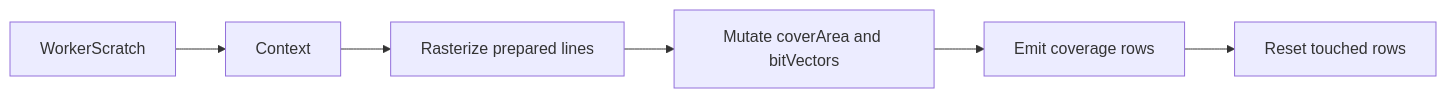
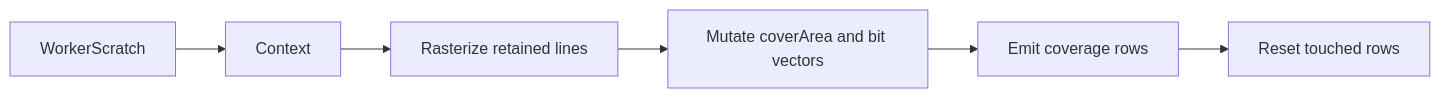
The fourth of 6 diagrams in src/ImageSharp.Drawing/Processing/Backends/DEFAULT_RASTERIZER.MD (SixLabors/ImageSharp.Drawing), drawn with Mermaid before and after one commit. The commit also changed other lines of this file and 6 other files, not shown here.

````diff
--- a/src/ImageSharp.Drawing/Processing/Backends/DEFAULT_RASTERIZER.MD
+++ b/src/ImageSharp.Drawing/Processing/Backends/DEFAULT_RASTERIZER.MD
@@ -203,8 +294,8 @@
 ```mermaid
 flowchart LR
     A[WorkerScratch] --> B[Context]
-    B --> C[Rasterize prepared lines]
-    C --> D[Mutate coverArea and bitVectors]
+    B --> C[Rasterize retained lines]
+    C --> D[Mutate coverArea and bit vectors]
     D --> E[Emit coverage rows]
     E --> F[Reset touched rows]
 ```
````
